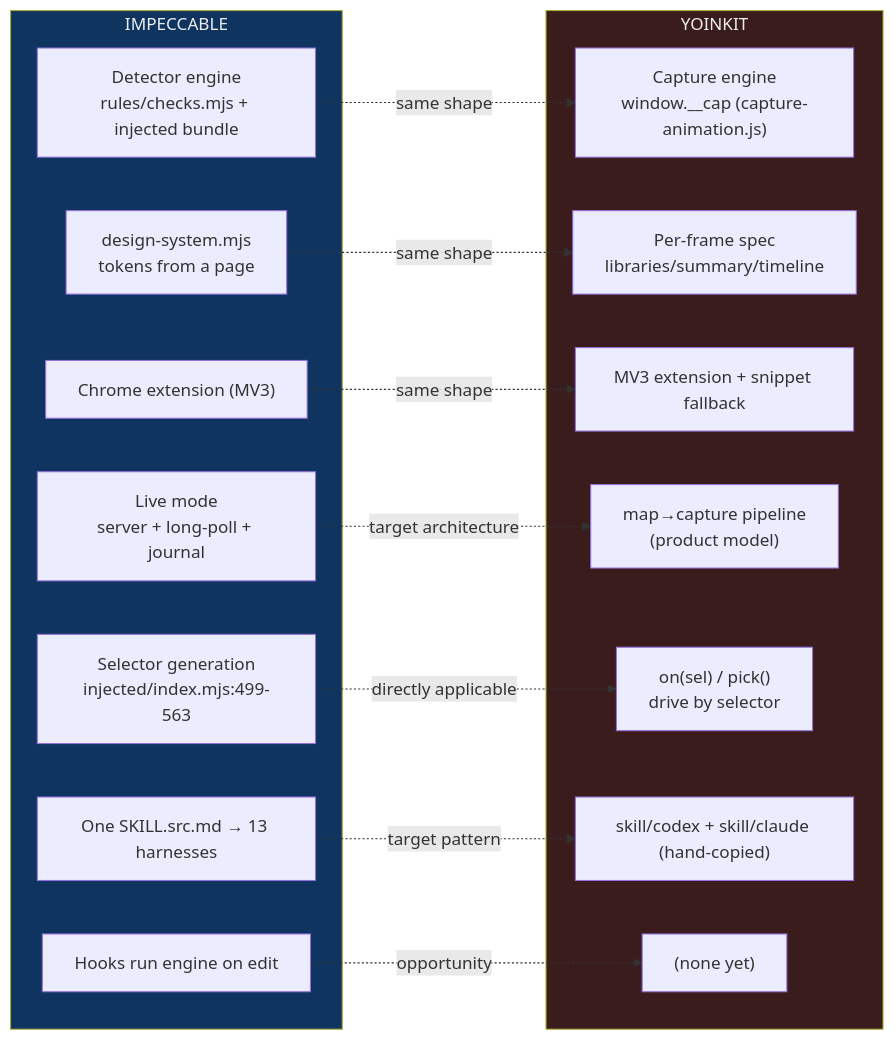
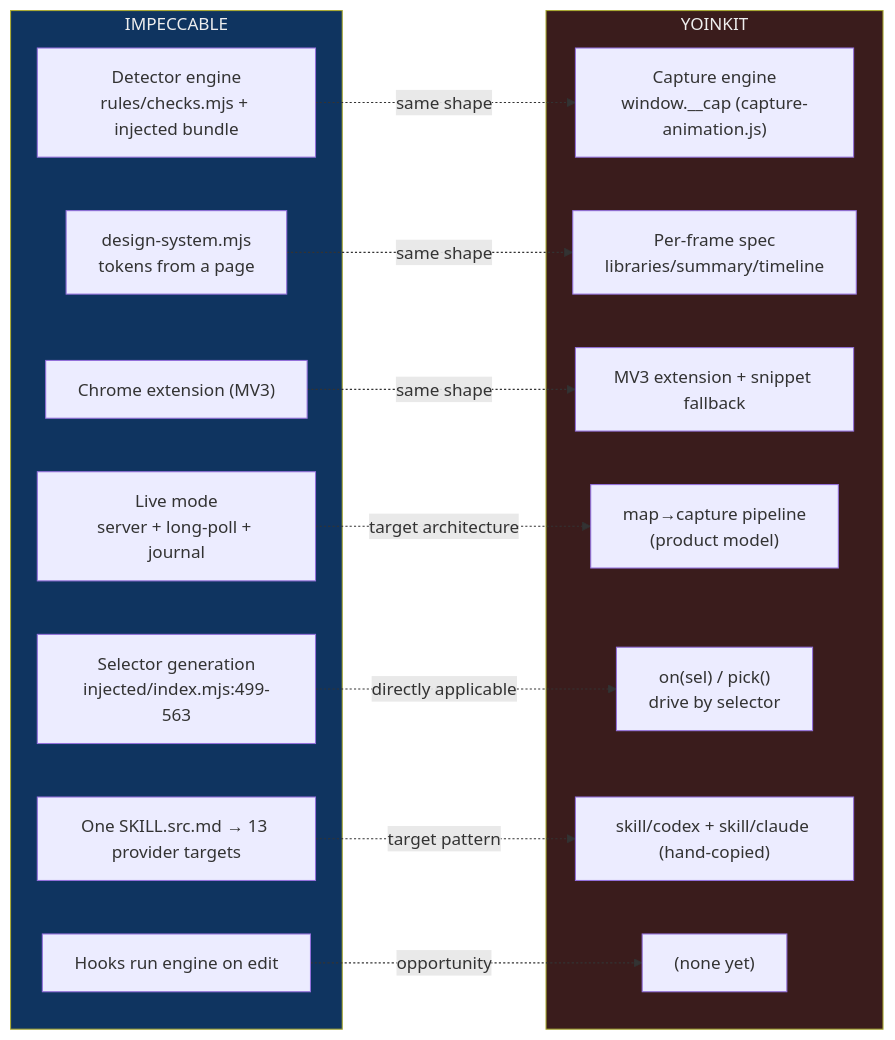
The second of 2 diagrams in audit/impeccable/00-EXECUTIVE-SUMMARY.md (martinmoradi/yoinkit), drawn with Mermaid before and after one commit. The commit also changed other lines of this file and 3 other files, not shown here.

````diff
--- a/audit/impeccable/00-EXECUTIVE-SUMMARY.md
+++ b/audit/impeccable/00-EXECUTIVE-SUMMARY.md
@@ -61,31 +62,31 @@
 ```mermaid
 flowchart LR
     subgraph IMP["IMPECCABLE"]
         I1["Detector engine<br/>rules/checks.mjs + injected bundle"]
         I2["design-system.mjs<br/>tokens from a page"]
         I3["Chrome extension (MV3)"]
         I4["Live mode<br/>server + long-poll + journal"]
         I5["Selector generation<br/>injected/index.mjs:499-563"]
-        I6["One SKILL.src.md → 13 harnesses"]
+        I6["One SKILL.src.md → 13 provider targets"]
         I7["Hooks run engine on edit"]
     end
     subgraph YOI["YOINKIT"]
         Y1["Capture engine<br/>window.__cap (capture-animation.js)"]
         Y2["Per-frame spec<br/>libraries/summary/timeline"]
         Y3["MV3 extension + snippet fallback"]
         Y4["map→capture pipeline<br/>(product model)"]
         Y5["on(sel) / pick()<br/>drive by selector"]
         Y6["skill/codex + skill/claude (hand-copied)"]
         Y7["(none yet)"]
     end
     I1 -.same shape.-> Y1
     I2 -.same shape.-> Y2
     I3 -.same shape.-> Y3
     I4 -.target architecture.-> Y4
     I5 -.directly applicable.-> Y5
     I6 -.target pattern.-> Y6
     I7 -.opportunity.-> Y7
 
     style IMP fill:#0f3460,color:#eee
     style YOI fill:#3a1c1c,color:#eee
 ```
````
